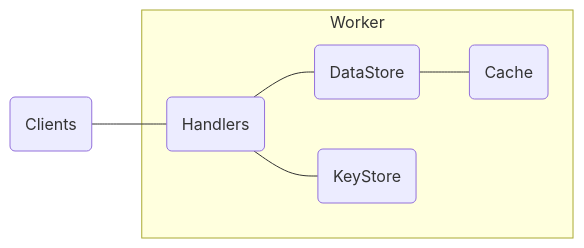
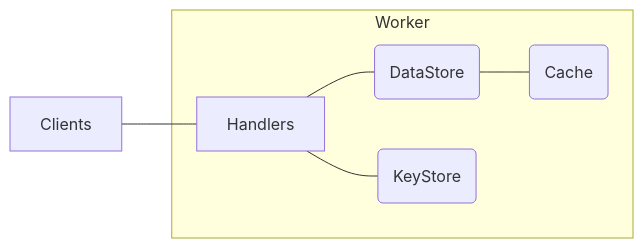
Before and after one commit to janus-auth/design: the diagram in docs/30_architecture/10_auth-service.md, drawn with Mermaid. The commit also changed 1 other file, not shown here.

Commit message:
chore: minor typo

````diff
--- a/docs/30_architecture/10_auth-service.md
+++ b/docs/30_architecture/10_auth-service.md
@@ -5,15 +5,15 @@
 ```mermaid
 flowchart LR
     subgraph "Worker"
         id1 --- id2 --- id3
         id1 --- id4
     end
     id5 --- id1
 
 
-    id1(Handlers)
+    id1[Handlers]
     id2(DataStore)
     id3(Cache)
     id4(KeyStore)
-    id5(Clients)
+    id5[Clients]
 ```
````
